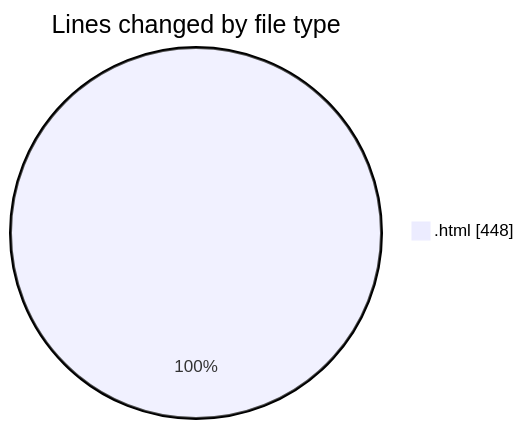
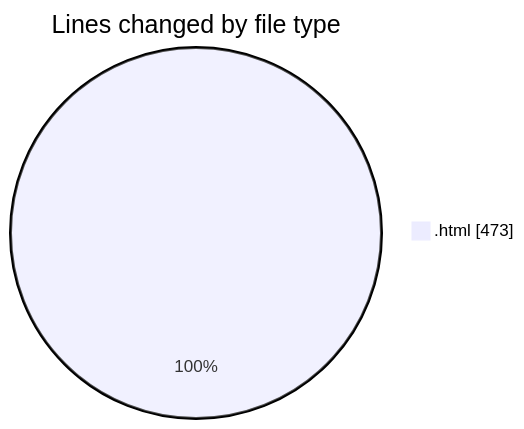
Before and after one commit to Ritupan-Deka/code-tracking: the first of 2 diagrams in 2025-05-03/realtimecollaborativeapp/README.md, drawn with Mermaid. The commit also changed other lines of this file and 1 other file, not shown here.

````diff
--- a/2025-05-03/realtimecollaborativeapp/README.md
+++ b/2025-05-03/realtimecollaborativeapp/README.md
@@ -20,5 +20,5 @@
 ```mermaid
 pie showData
 title Lines changed by file type
-".html" : 448
+".html" : 473
 ```
````
